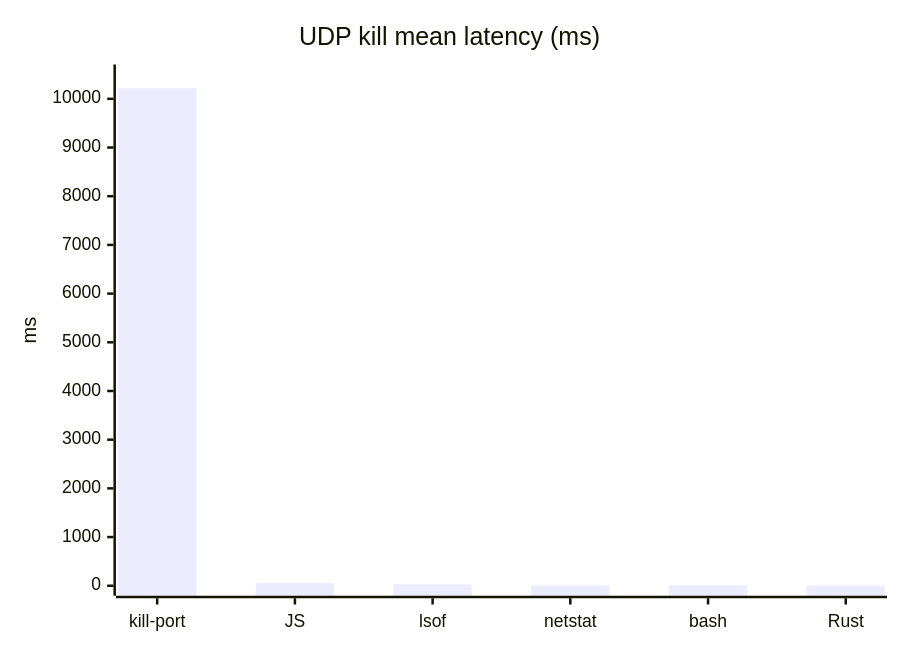
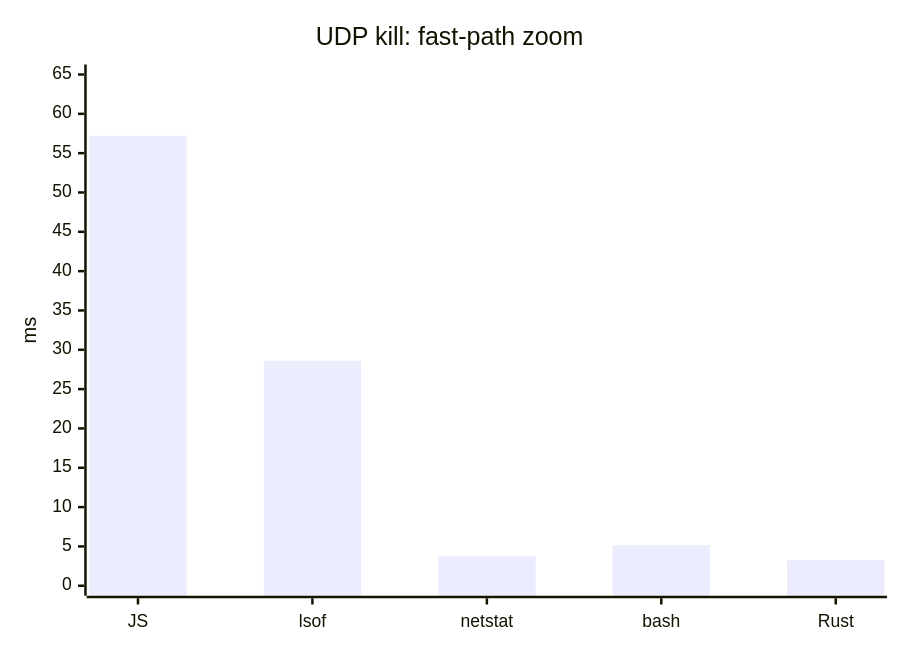
One commit to ocodista/kill-port-now changed the fourth of 5 diagrams in README.md. Above: the diagram before and after it, drawn with Mermaid. The commit also changed other lines of this file, not shown here.

Commit message:
Improve benchmark chart readability

````diff
--- a/README.md
+++ b/README.md
@@ -60,7 +70,7 @@
 ```mermaid
 xychart-beta
-  title "UDP kill mean latency (ms)"
-  x-axis ["kill-port", "JS", "lsof", "netstat", "bash", "Rust"]
-  y-axis "ms" 0 --> 10500
-  bar [10219.75, 57.22, 28.62, 3.81, 5.16, 3.25]
+  title "UDP kill: fast-path zoom"
+  x-axis ["JS", "lsof", "netstat", "bash", "Rust"]
+  y-axis "ms" 0 --> 65
+  bar [57.22, 28.62, 3.81, 5.16, 3.25]
 ```
````
